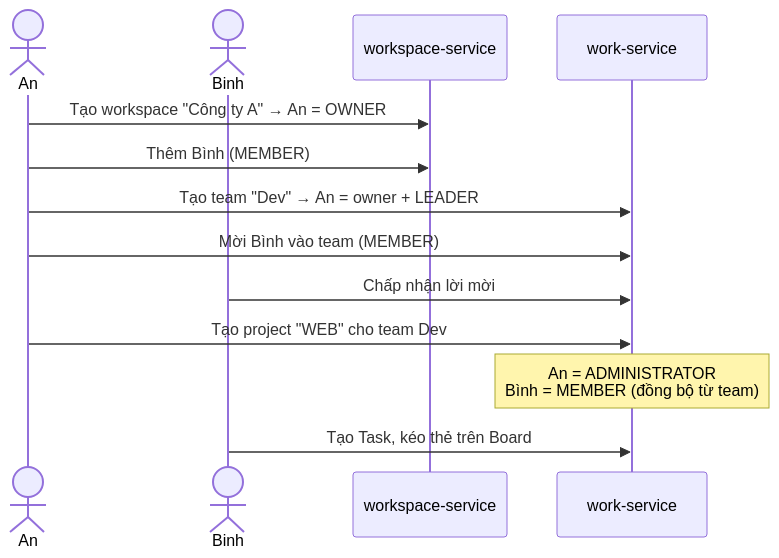
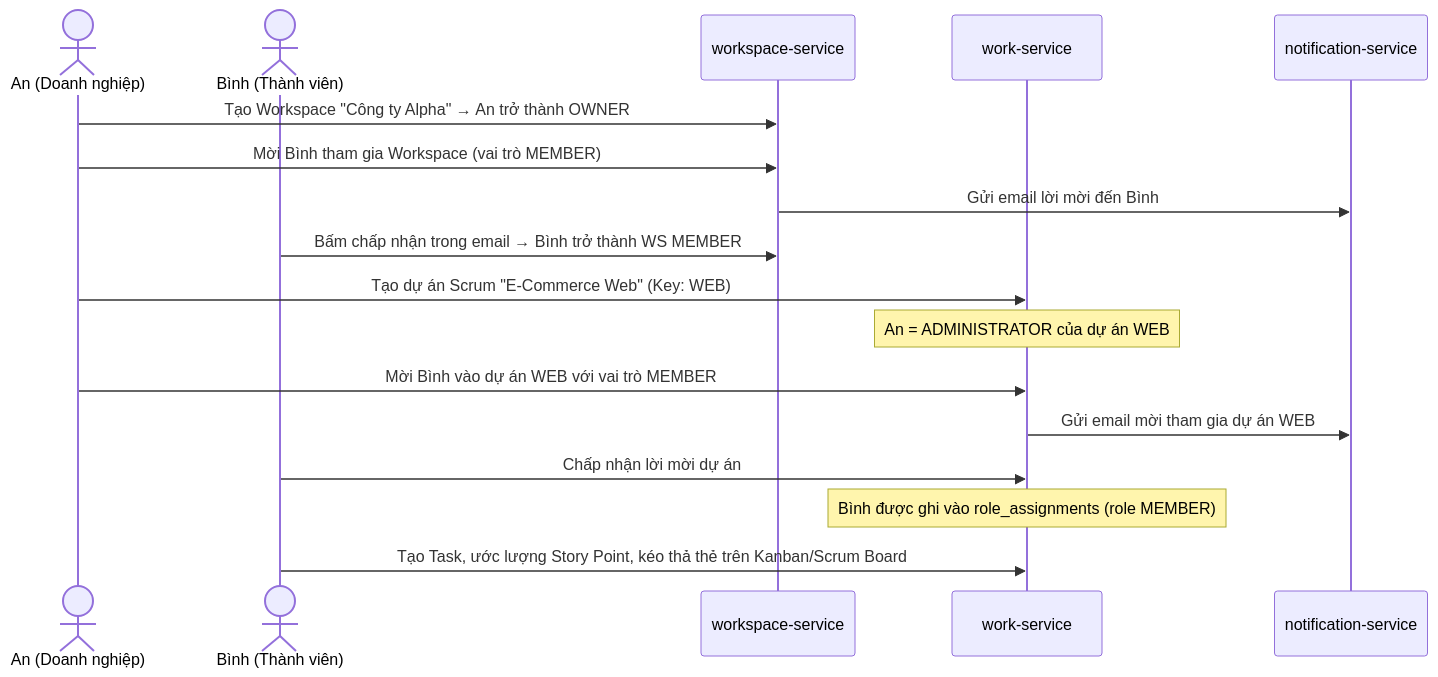
Before and after one commit to Hecker-Chuoi/DATN-2026: the sixth of 6 diagrams in formal_doc/03_NGHIEP_VU_WORKSPACE_TEAM_MEMBER.md, drawn with Mermaid. The commit also changed other lines of this file and 60 other files, not shown here.

````diff
--- a/formal_doc/03_NGHIEP_VU_WORKSPACE_TEAM_MEMBER.md
+++ b/formal_doc/03_NGHIEP_VU_WORKSPACE_TEAM_MEMBER.md
@@ -343,15 +210,19 @@
 ```mermaid
 sequenceDiagram
-    actor An
-    actor Binh
+    actor An as An (Doanh nghiệp)
+    actor Binh as Bình (Thành viên)
     participant WS as workspace-service
     participant WK as work-service
-    An->>WS: Tạo workspace "Công ty A" → An = OWNER
-    An->>WS: Thêm Bình (MEMBER)
-    An->>WK: Tạo team "Dev" → An = owner + LEADER
-    An->>WK: Mời Bình vào team (MEMBER)
-    Binh->>WK: Chấp nhận lời mời
-    An->>WK: Tạo project "WEB" cho team Dev
-    Note over WK: An = ADMINISTRATOR<br/>Bình = MEMBER (đồng bộ từ team)
-    Binh->>WK: Tạo Task, kéo thẻ trên Board
+    participant NT as notification-service
+    An->>WS: Tạo Workspace "Công ty Alpha" → An trở thành OWNER
+    An->>WS: Mời Bình tham gia Workspace (vai trò MEMBER)
+    WS->>NT: Gửi email lời mời đến Bình
+    Binh->>WS: Bấm chấp nhận trong email → Bình trở thành WS MEMBER
+    An->>WK: Tạo dự án Scrum "E-Commerce Web" (Key: WEB)
+    Note over WK: An = ADMINISTRATOR của dự án WEB
+    An->>WK: Mời Bình vào dự án WEB với vai trò MEMBER
+    WK->>NT: Gửi email mời tham gia dự án WEB
+    Binh->>WK: Chấp nhận lời mời dự án
+    Note over WK: Bình được ghi vào role_assignments (role MEMBER)
+    Binh->>WK: Tạo Task, ước lượng Story Point, kéo thả thẻ trên Kanban/Scrum Board
 ```
````
